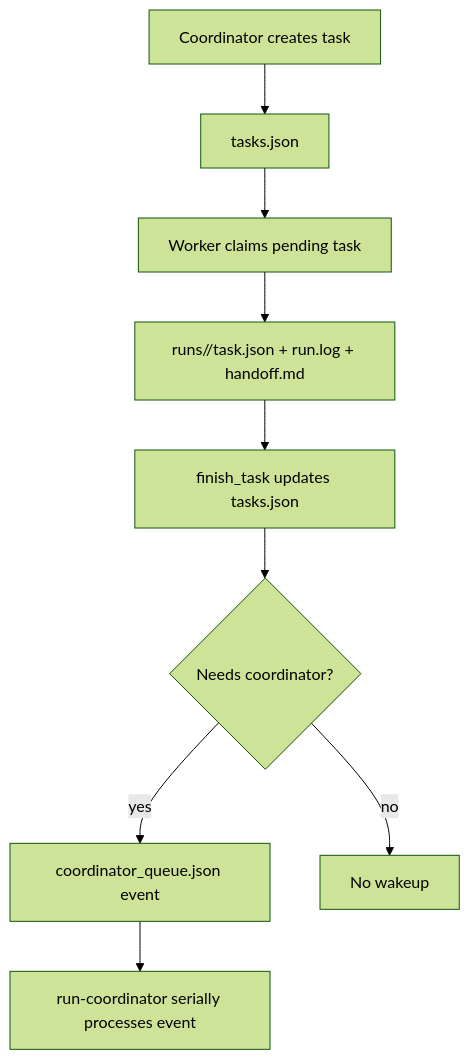
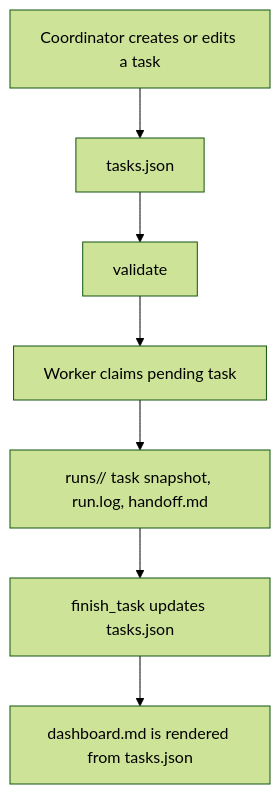
Before and after one commit to ZelongTAN/tot-skills: the first of 4 diagrams in skills/codex-collab/references/design.md, drawn with Mermaid (forest theme). The commit also changed other lines of this file and 7 other files, not shown here.

````diff
--- a/skills/codex-collab/references/design.md
+++ b/skills/codex-collab/references/design.md
@@ -11,11 +17,9 @@
 ```mermaid
 flowchart TD
-  A["Coordinator creates task"] --> B["tasks.json"]
-  B --> C["Worker claims pending task"]
-  C --> D["runs/<run-id>/task.json + run.log + handoff.md"]
-  D --> E["finish_task updates tasks.json"]
-  E --> F{"Needs coordinator?"}
-  F -->|yes| G["coordinator_queue.json event"]
-  F -->|no| H["No wakeup"]
-  G --> I["run-coordinator serially processes event"]
+  A["Coordinator creates or edits a task"] --> B["tasks.json"]
+  B --> C["validate"]
+  C --> D["Worker claims pending task"]
+  D --> E["runs/<run-id>/ task snapshot, run.log, handoff.md"]
+  E --> F["finish_task updates tasks.json"]
+  F --> G["dashboard.md is rendered from tasks.json"]
 ```
````
